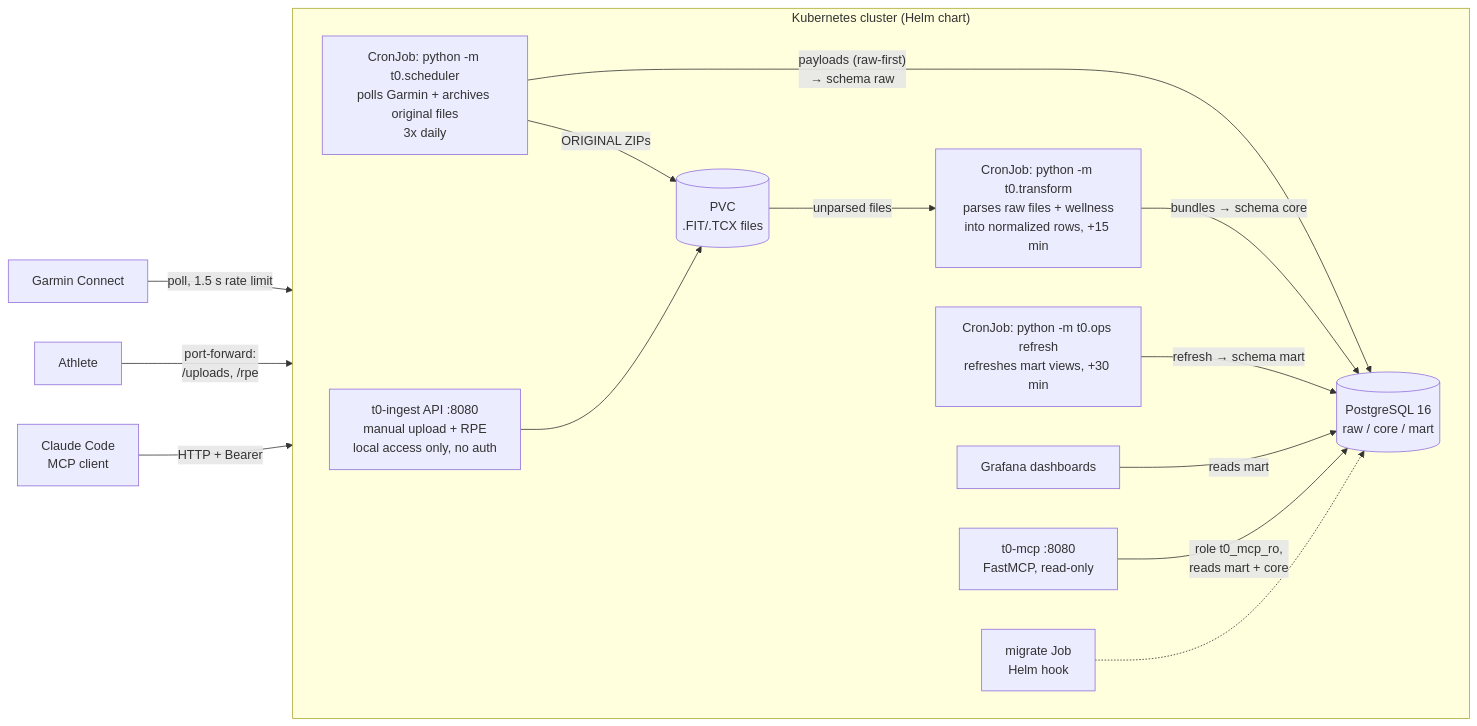
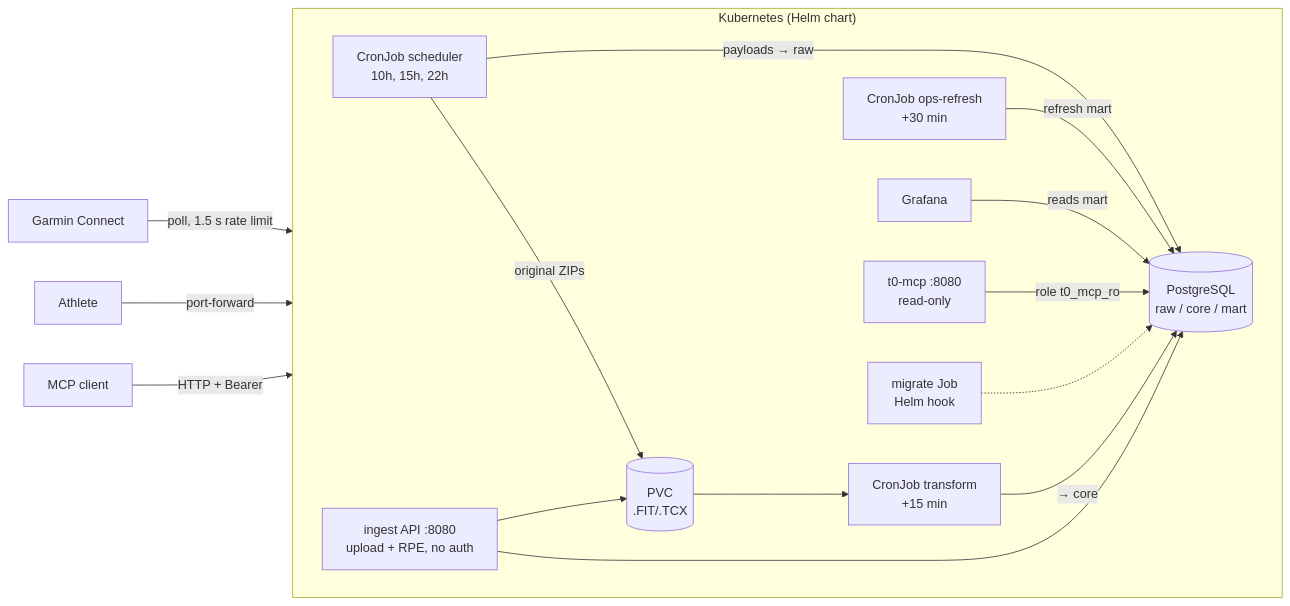
One commit to TheElysium/t0 changed the first of 4 diagrams in docs/ARCHITECTURE.md. Above: the diagram before and after it, drawn with Mermaid. The commit also changed other lines of this file, not shown here.

First line of the commit message:
docs: trim ARCHITECTURE, fix data model diagram

````diff
--- a/docs/ARCHITECTURE.md
+++ b/docs/ARCHITECTURE.md
@@ -20,34 +17,32 @@
 ```mermaid
 flowchart LR
     GC[Garmin Connect]
     ATH[Athlete]
-    LLM[Claude Code<br/>MCP client]
+    LLM[MCP client]
 
-    subgraph K8s["Kubernetes cluster (Helm chart)"]
+    subgraph K8s["Kubernetes (Helm chart)"]
         direction LR
-        SCH["CronJob: python -m t0.scheduler<br/>polls Garmin + archives original files<br/>3x daily"]
-        API["t0-ingest API :8080<br/>manual upload + RPE<br/>local access only, no auth"]
-        TRF["CronJob: python -m t0.transform<br/>parses raw files + wellness<br/>into normalized rows, +15 min"]
-        OPS["CronJob: python -m t0.ops refresh<br/>refreshes mart views, +30 min"]
-        MCP["t0-mcp :8080<br/>FastMCP, read-only"]
-        GRAF[Grafana dashboards]
+        SCH["CronJob scheduler<br/>10h, 15h, 22h"]
+        TRF["CronJob transform<br/>+15 min"]
+        OPS["CronJob ops-refresh<br/>+30 min"]
+        API["ingest API :8080<br/>upload + RPE, no auth"]
+        MCP["t0-mcp :8080<br/>read-only"]
+        GRAF[Grafana]
         MIG[migrate Job<br/>Helm hook]
-
-        PG[(PostgreSQL 16<br/>raw / core / mart)]
-
-        PVC[(PVC<br/>.FIT/.TCX files)]
+        PG[(PostgreSQL<br/>raw / core / mart)]
+        PVC[(PVC<br/>.FIT/.TCX)]
     end
 
     GC -- "poll, 1.5 s rate limit" --> SCH
-    SCH -- "payloads (raw-first)<br/>→ schema raw" --> PG
-    SCH -- "ORIGINAL ZIPs" --> PVC
-    ATH -- "port-forward:<br/>/uploads, /rpe" --> API
-    API --> PVC
-    PVC -- "unparsed files" --> TRF
-    TRF -- "bundles → schema core" --> PG
-    OPS -- "refresh → schema mart" --> PG
+    SCH -- "payloads → raw" --> PG
+    SCH -- "original ZIPs" --> PVC
+    ATH -- "port-forward" --> API
+    API --> PVC & PG
+    PVC --> TRF
+    TRF -- "→ core" --> PG
+    OPS -- "refresh mart" --> PG
     GRAF -- "reads mart" --> PG
-    MCP -- "role t0_mcp_ro,<br/>reads mart + core" --> PG
+    MCP -- "role t0_mcp_ro" --> PG
     LLM -- "HTTP + Bearer" --> MCP
     MIG -.-> PG
 ```
````
